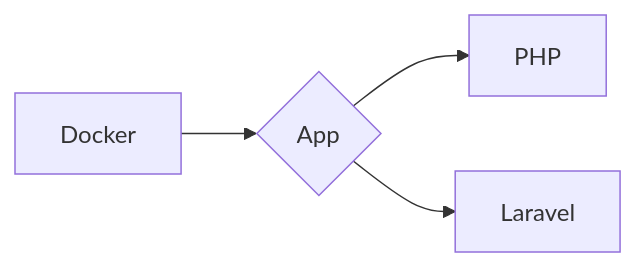
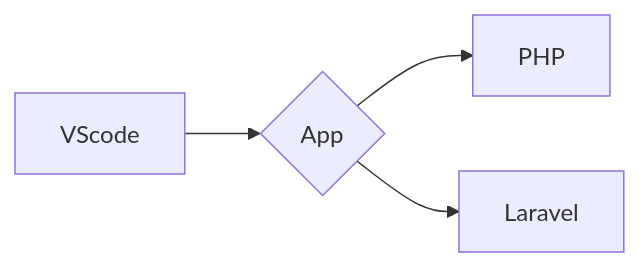
The diagram in readme.md (SauloCandeira/PHP-Laravel), drawn with Mermaid before and after one commit.

````diff
--- a/readme.md
+++ b/readme.md
@@ -27,8 +27,8 @@
 ```mermaid
 flowchart LR
-B[Docker]
+B[VScode]
 
 B --> C{App}
 C --> K[PHP]
 C --> L[Laravel]
 ```
````
